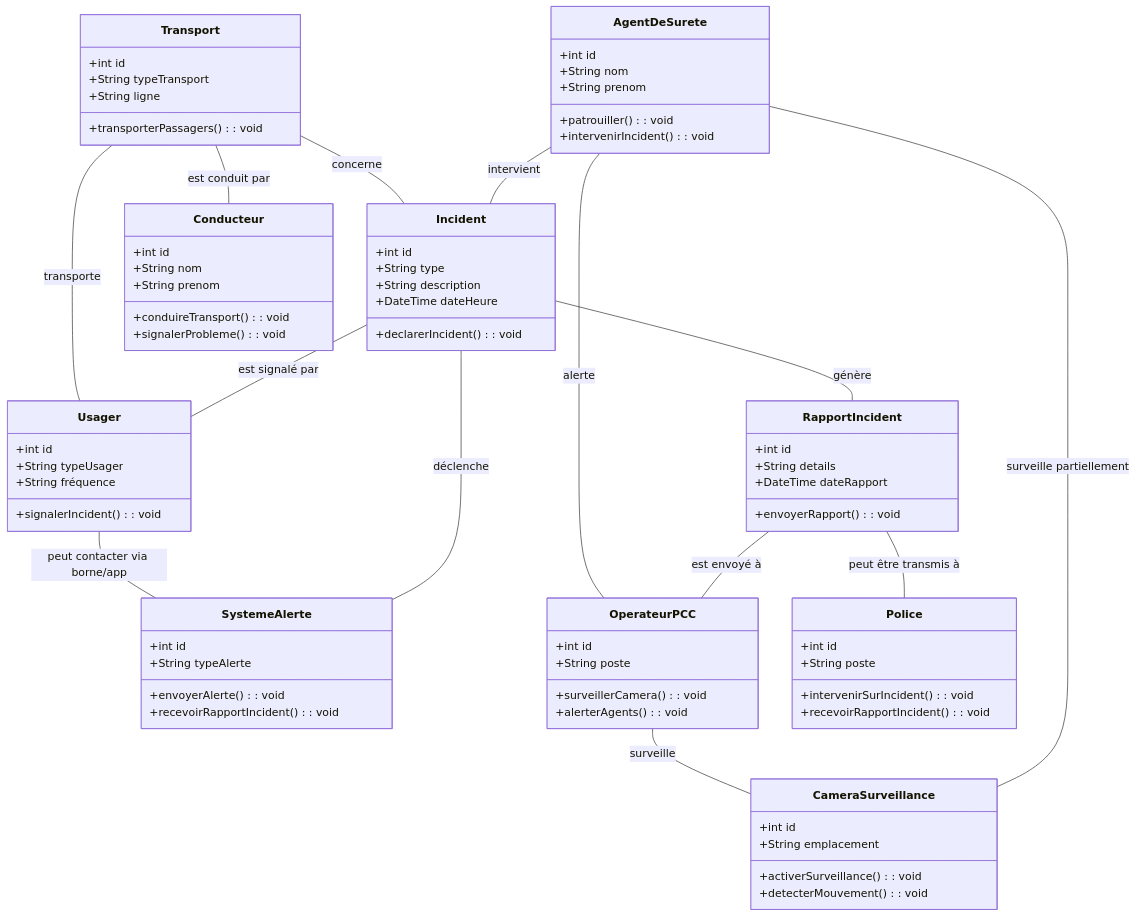
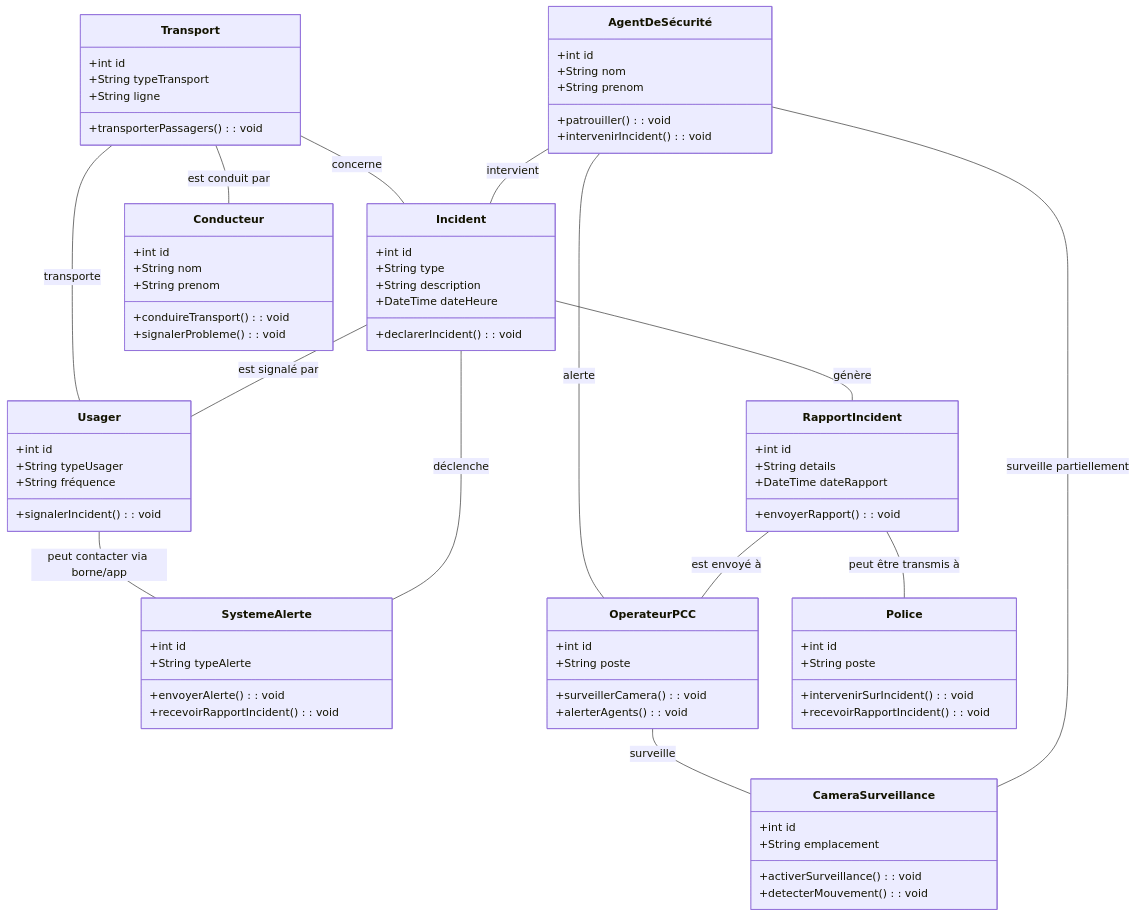
Before and after one commit to hajarbelfakir/Projet_Securite_dans_transports: the diagram in class.md, drawn with Mermaid.

````diff
--- a/class.md
+++ b/class.md
@@ -1,7 +1,7 @@
 ```mermaid
 classDiagram
-    AgentDeSurete -- Incident : intervient
-    AgentDeSurete -- CameraSurveillance : surveille partiellement
+    AgentDeSécurité -- Incident : intervient
+    AgentDeSécurité -- CameraSurveillance : surveille partiellement
     Incident -- SystemeAlerte : déclenche
     Incident -- Usager : est signalé par
     Incident -- RapportIncident : génère
@@ -11,10 +11,10 @@
     Transport -- Usager : transporte
     Transport -- Incident : concerne
     OperateurPCC -- CameraSurveillance : surveille
-    OperateurPCC -- AgentDeSurete : alerte
+    OperateurPCC -- AgentDeSécurité  : alerte
     Usager -- SystemeAlerte : peut contacter via borne/app
 
-    class AgentDeSurete {
+    class AgentDeSécurité  {
         +int id
         +String nom
         +String prenom
````
